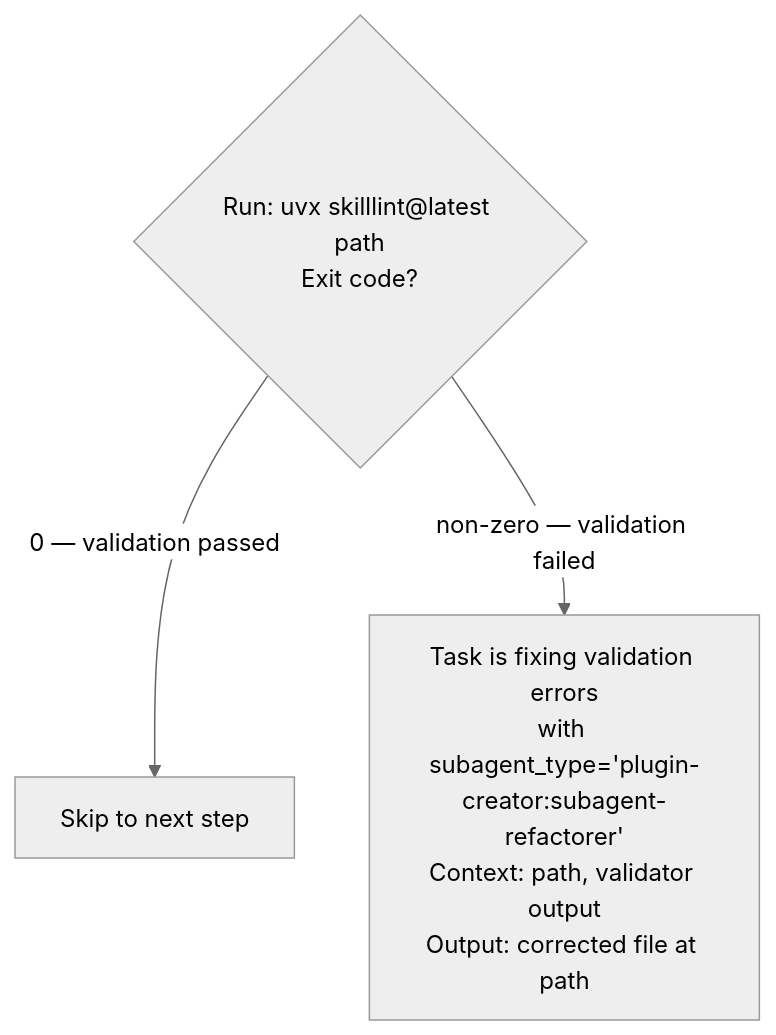
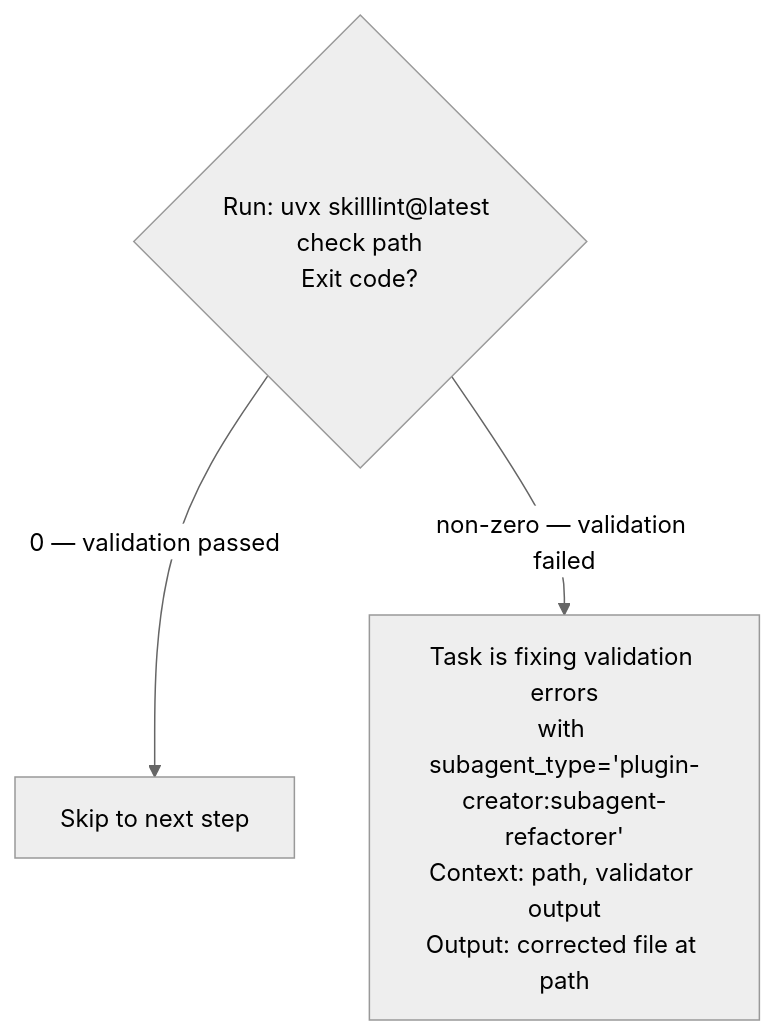
The diagram in .claude/rules/delegation-format.md (chgreer1070/claude_skills), drawn with Mermaid (neutral theme) before and after one commit. The commit also changed 42 other files, not shown here.

First line of the commit message:
refactor(migration): migrate plugin_validator.py to uvx skilllint@latest check

````diff
--- a/.claude/rules/delegation-format.md
+++ b/.claude/rules/delegation-format.md
@@ -71,6 +71,6 @@
 ```mermaid
 flowchart TD
-    Q{Run: uvx skilllint@latest path<br>Exit code?}
+    Q{Run: uvx skilllint@latest check path<br>Exit code?}
     Q -->|0 — validation passed| Skip[Skip to next step]
     Q -->|non-zero — validation failed| Fix["Task is fixing validation errors<br>with subagent_type='plugin-creator:subagent-refactorer'<br>Context: path, validator output<br>Output: corrected file at path"]
 ```
````
